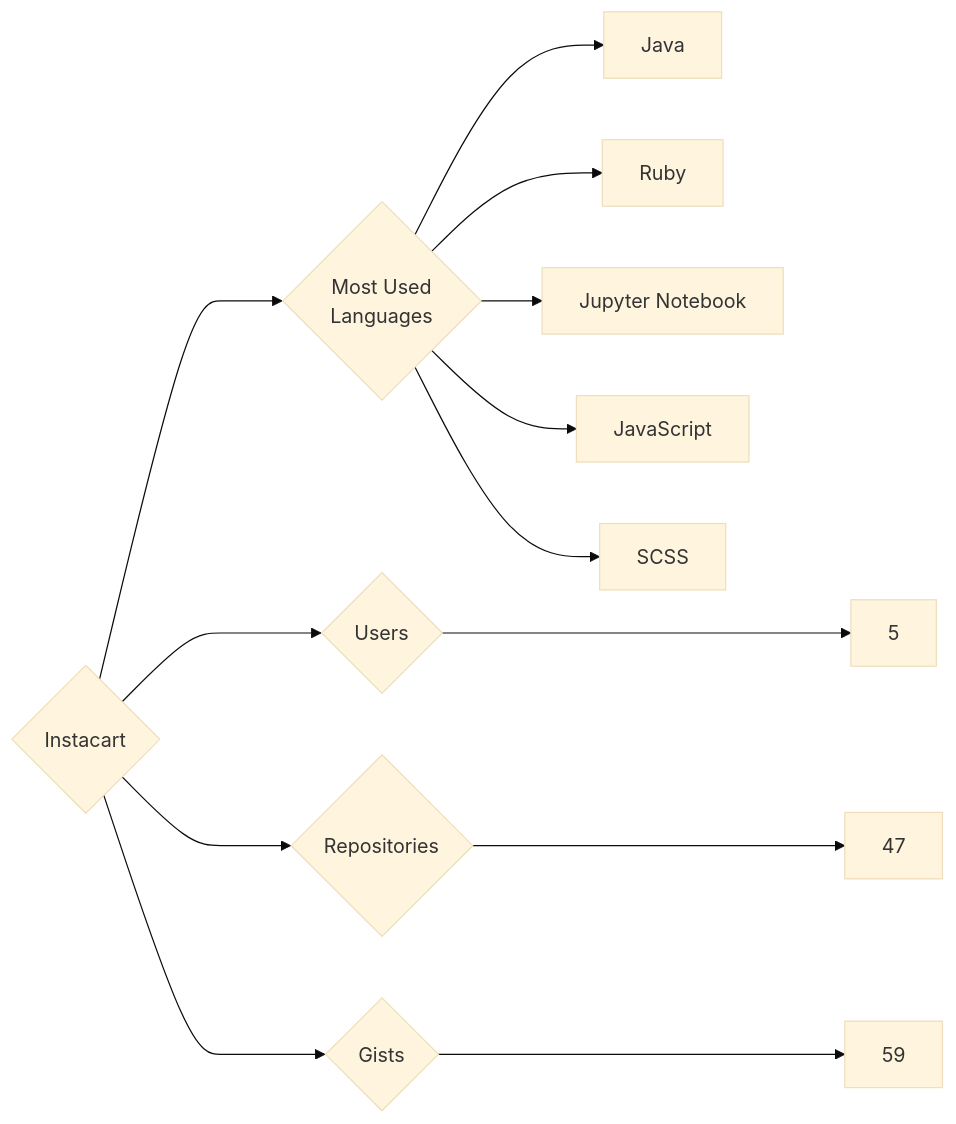
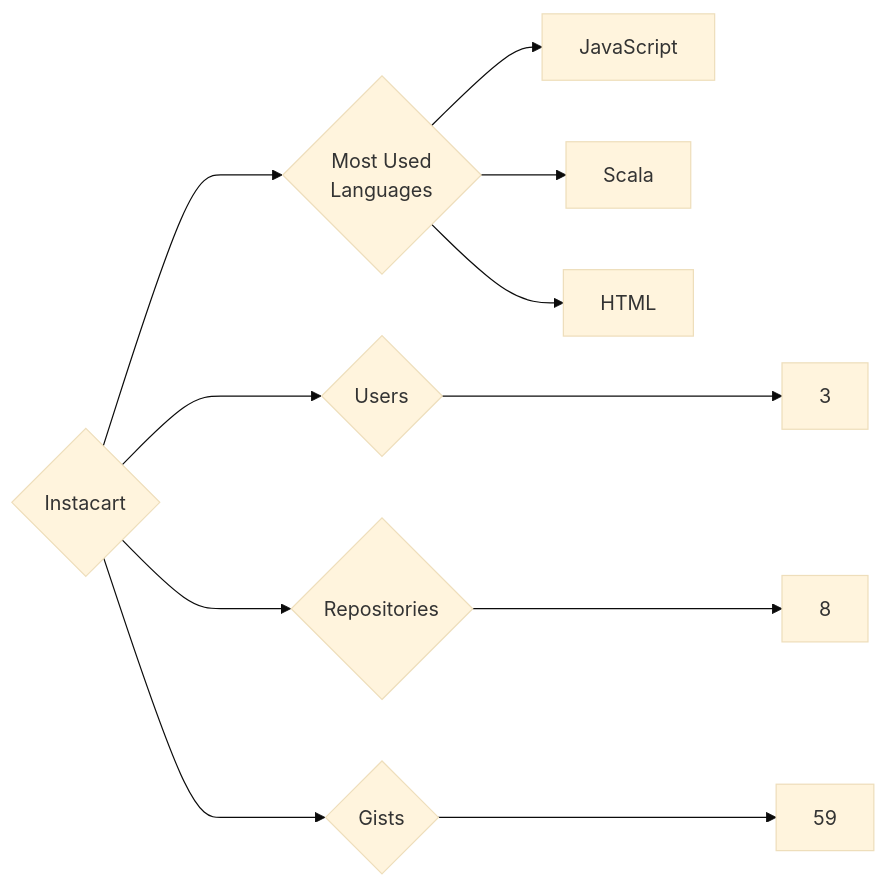
Before and after one commit to trickest/insiders: the diagram in targets/Instacart/README.md, drawn with Mermaid (base theme). The commit also changed 942 other files, not shown here.

````diff
--- a/targets/Instacart/README.md
+++ b/targets/Instacart/README.md
@@ -3,13 +3,11 @@
 ```mermaid
 graph LR
 COMPANY_NAME{Instacart}
-COMPANY_NAME ---> U{Users} ---> UN[5]
-COMPANY_NAME ---> R{Repositories} ---> RN[47]
+COMPANY_NAME ---> U{Users} ---> UN[3]
+COMPANY_NAME ---> R{Repositories} ---> RN[8]
 COMPANY_NAME ---> G{Gists} ---> GN[59]
 COMPANY_NAME ---> ML{Most Used<br>Languages}
-ML --> Java[Java]
-ML --> Ruby[Ruby]
-ML --> Jupyter_Notebook[Jupyter Notebook]
 ML --> JavaScript[JavaScript]
-ML --> SCSS[SCSS]
+ML --> Scala[Scala]
+ML --> HTML[HTML]
 ```
````
